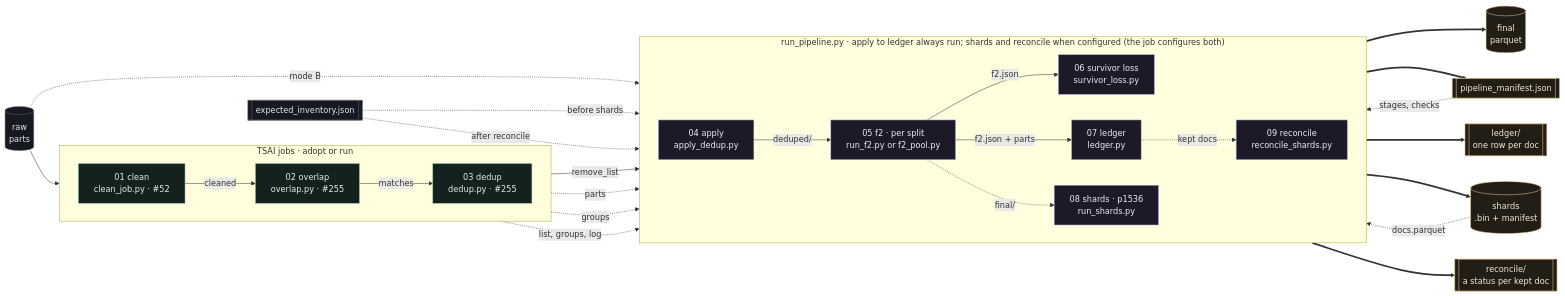
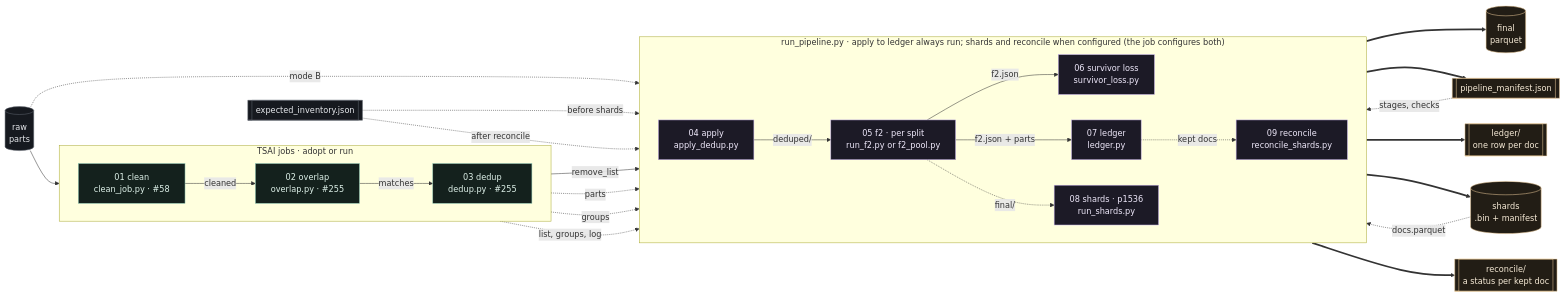
Before and after one commit to theschoolofai/era-v5-lab: the first of 2 diagrams in teams/01-data-a/pipeline/README.md, drawn with Mermaid. The commit also changed other lines of this file and 3 other files, not shown here.

````diff
--- a/teams/01-data-a/pipeline/README.md
+++ b/teams/01-data-a/pipeline/README.md
@@ -254,49 +277,49 @@
 ```mermaid
 flowchart LR
   raw[("raw<br/>parts")]:::data
 
   subgraph TSAI["TSAI jobs · adopt or run"]
     direction LR
-    clean["01 clean<br/>clean_job.py · #52"]:::tsai
+    clean["01 clean<br/>clean_job.py · #58"]:::tsai
     overlap["02 overlap<br/>overlap.py · #255"]:::tsai
     dedup["03 dedup<br/>dedup.py · #255"]:::tsai
   end
 
   subgraph RUNNER["run_pipeline.py · apply to ledger always run; shards and reconcile when configured (the job configures both)"]
     direction LR
     apply["04 apply<br/>apply_dedup.py"]:::mine
     f2["05 f2 · per split<br/>run_f2.py or f2_pool.py"]:::mine
     loss["06 survivor loss<br/>survivor_loss.py"]:::mine
     led["07 ledger<br/>ledger.py"]:::mine
     shards["08 shards · p1536<br/>run_shards.py"]:::mine
     rec["09 reconcile<br/>reconcile_shards.py"]:::mine
   end
 
   inv[["expected_inventory.json"]]:::data
   raw --> clean -->|"cleaned"| overlap
   overlap -->|"matches"| dedup
   dedup -->|"remove_list"| apply
   clean -.->|"parts"| apply
   apply -->|"deduped/"| f2
   f2 -->|"f2.json"| loss
   dedup -.->|"groups"| loss
   f2 ==> final[("final<br/>parquet")]:::out
   f2 -->|"f2.json + parts"| led
   dedup -.->|"list, groups, log"| led
   raw -.->|"mode B"| led
   loss ==> man[["pipeline_manifest.json"]]:::out
   led ==> ldg[["ledger/<br/>one row per doc"]]:::out
   f2 -.->|"final/"| shards
   man -.->|"stages, checks"| shards
   shards ==> tokens[("shards<br/>.bin + manifest")]:::out
   led -.->|"kept docs"| rec
   tokens -.->|"docs.parquet"| rec
   rec ==> recout[["reconcile/<br/>a status per kept doc"]]:::out
   inv -.->|"before shards"| shards
   inv -.->|"after reconcile"| rec
 
   classDef data fill:#16191f,stroke:#5f6670,color:#e6e8ec
   classDef tsai fill:#14211d,stroke:#8fc9b5,color:#dff2ea
   classDef mine fill:#1c1a26,stroke:#c3aee8,color:#efe9fb
   classDef out fill:#221d15,stroke:#edcb9a,color:#f6ead6
 ```
````
